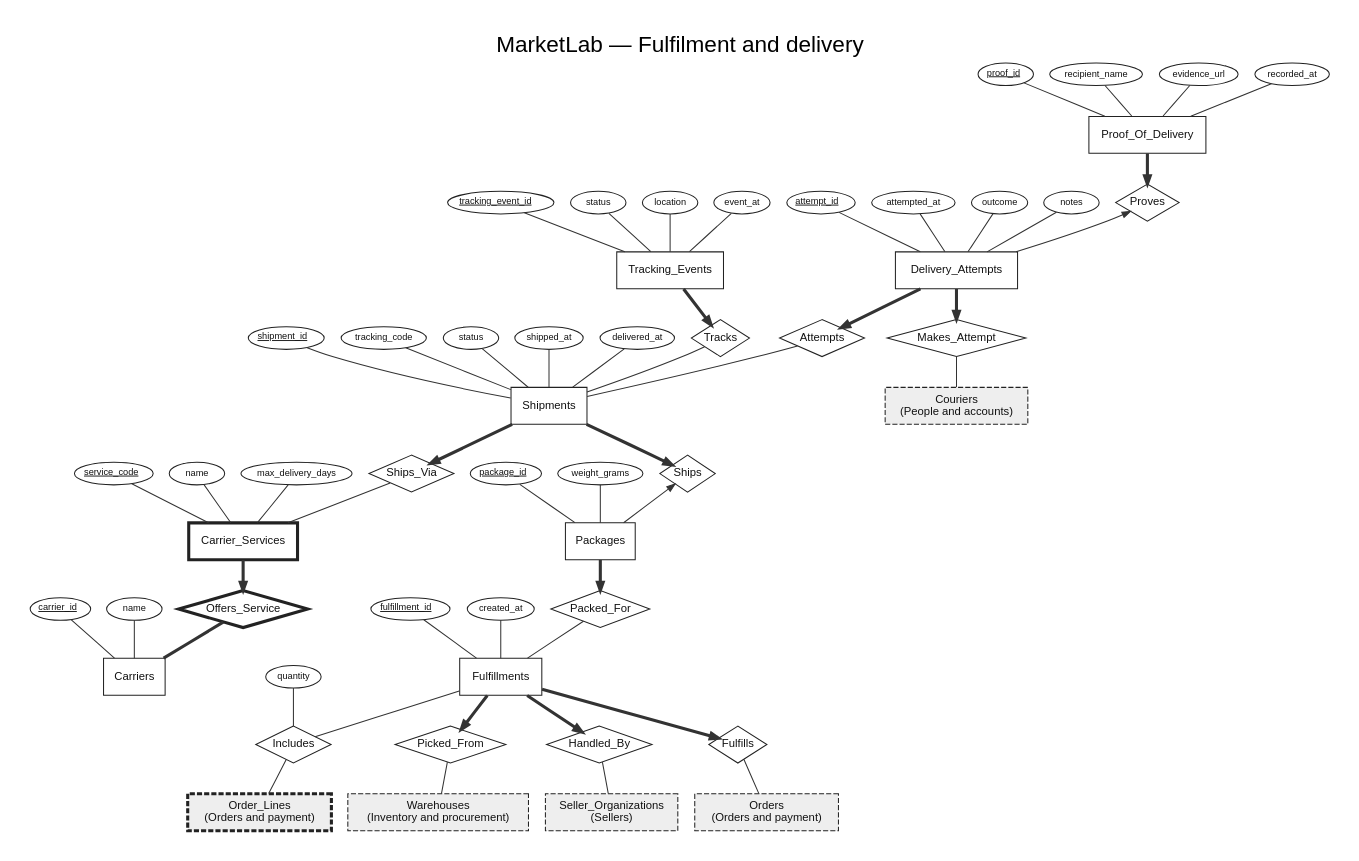
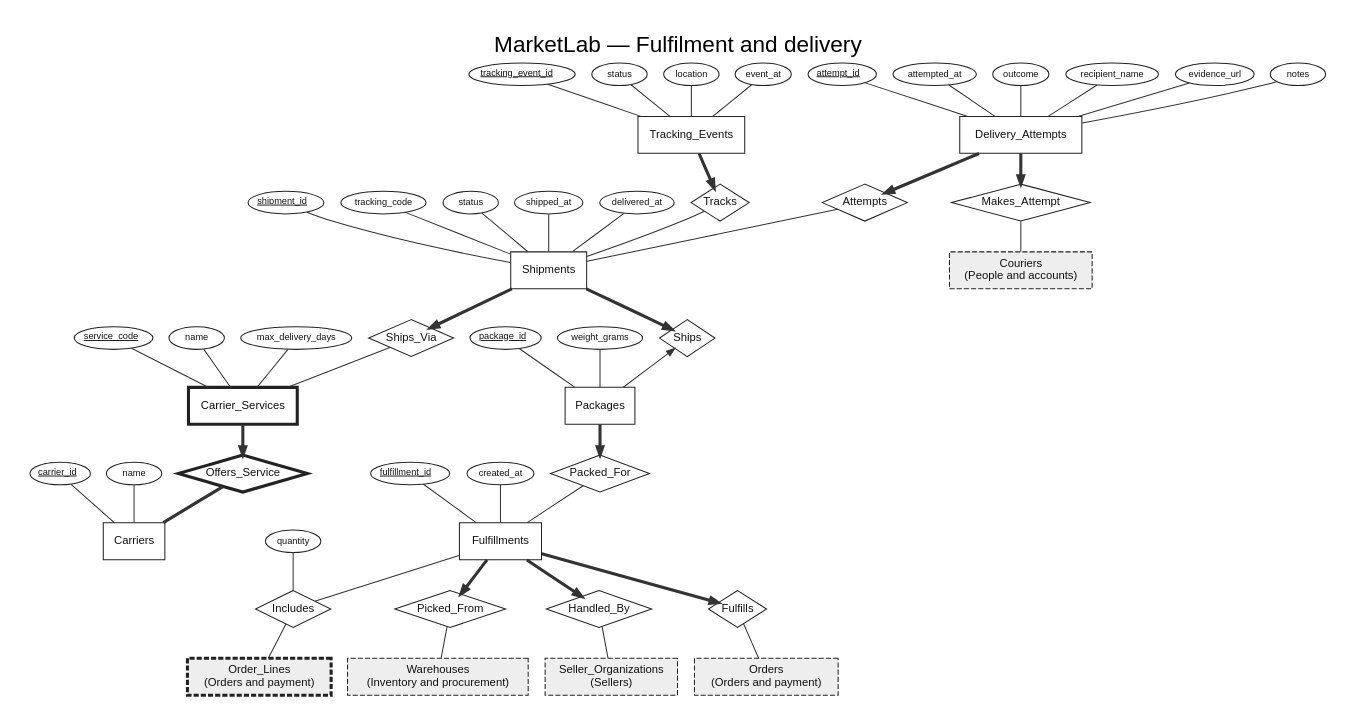
The diagram in docs/er/area-delivery.dot (Barlassen/CS_202_Project), drawn with Graphviz before and after one commit. The commit also changed 50 other files, not shown here.

```diff
--- a/docs/er/area-delivery.dot
+++ b/docs/er/area-delivery.dot
@@ -1,113 +1,105 @@
 digraph ER {
 graph [compound=true, rankdir=TB, newrank=true, nodesep=0.22, ranksep=0.42, fontname="Helvetica", fontsize=22, labelloc=t, label="MarketLab — Fulfilment and delivery", pad=0.3];
 node [fontname="Helvetica", fontsize=11, color="#222222", fontcolor="#111111"];
 edge [color="#333333", arrowsize=0.8, fontname="Helvetica", fontsize=9];
 E_carrier_services [shape=box, penwidth=3, label="Carrier_Services"];
 P__carrier_services__service_code [shape=ellipse, fontsize=9, margin="0.04,0.02", height=0.3, label=<<U>service_code</U>>];
 P__carrier_services__service_code -> E_carrier_services [dir=none];
 A__carrier_services__name [shape=ellipse, fontsize=9, margin="0.04,0.02", height=0.3, label="name"];
 A__carrier_services__name -> E_carrier_services [dir=none];
 A__carrier_services__max_delivery_days [shape=ellipse, fontsize=9, margin="0.04,0.02", height=0.3, label="max_delivery_days"];
 A__carrier_services__max_delivery_days -> E_carrier_services [dir=none];
 E_carriers [shape=box, penwidth=1, label="Carriers"];
 A__carriers__carrier_id [shape=ellipse, fontsize=9, margin="0.04,0.02", height=0.3, label=<<U>carrier_id</U>>];
 A__carriers__carrier_id -> E_carriers [dir=none];
 A__carriers__name [shape=ellipse, fontsize=9, margin="0.04,0.02", height=0.3, label="name"];
 A__carriers__name -> E_carriers [dir=none];
 E_couriers [shape=box, style="filled,dashed", fillcolor="#eeeeee", penwidth=1, label="Couriers
 (People and accounts)"];
 E_delivery_attempts [shape=box, penwidth=1, label="Delivery_Attempts"];
 A__delivery_attempts__attempt_id [shape=ellipse, fontsize=9, margin="0.04,0.02", height=0.3, label=<<U>attempt_id</U>>];
 A__delivery_attempts__attempt_id -> E_delivery_attempts [dir=none];
 A__delivery_attempts__attempted_at [shape=ellipse, fontsize=9, margin="0.04,0.02", height=0.3, label="attempted_at"];
 A__delivery_attempts__attempted_at -> E_delivery_attempts [dir=none];
 A__delivery_attempts__outcome [shape=ellipse, fontsize=9, margin="0.04,0.02", height=0.3, label="outcome"];
 A__delivery_attempts__outcome -> E_delivery_attempts [dir=none];
+A__delivery_attempts__recipient_name [shape=ellipse, fontsize=9, margin="0.04,0.02", height=0.3, label="recipient_name"];
+A__delivery_attempts__recipient_name -> E_delivery_attempts [dir=none];
+A__delivery_attempts__evidence_url [shape=ellipse, fontsize=9, margin="0.04,0.02", height=0.3, label="evidence_url"];
+A__delivery_attempts__evidence_url -> E_delivery_attempts [dir=none];
 A__delivery_attempts__notes [shape=ellipse, fontsize=9, margin="0.04,0.02", height=0.3, label="notes"];
 A__delivery_attempts__notes -> E_delivery_attempts [dir=none];
 E_fulfillments [shape=box, penwidth=1, label="Fulfillments"];
 A__fulfillments__fulfillment_id [shape=ellipse, fontsize=9, margin="0.04,0.02", height=0.3, label=<<U>fulfillment_id</U>>];
 A__fulfillments__fulfillment_id -> E_fulfillments [dir=none];
 A__fulfillments__created_at [shape=ellipse, fontsize=9, margin="0.04,0.02", height=0.3, label="created_at"];
 A__fulfillments__created_at -> E_fulfillments [dir=none];
 E_order_lines [shape=box, style="filled,dashed", fillcolor="#eeeeee", penwidth=3, label="Order_Lines
 (Orders and payment)"];
 E_orders [shape=box, style="filled,dashed", fillcolor="#eeeeee", penwidth=1, label="Orders
 (Orders and payment)"];
 E_packages [shape=box, penwidth=1, label="Packages"];
 A__packages__package_id [shape=ellipse, fontsize=9, margin="0.04,0.02", height=0.3, label=<<U>package_id</U>>];
 A__packages__package_id -> E_packages [dir=none];
 A__packages__weight_grams [shape=ellipse, fontsize=9, margin="0.04,0.02", height=0.3, label="weight_grams"];
 A__packages__weight_grams -> E_packages [dir=none];
-E_proof_of_delivery [shape=box, penwidth=1, label="Proof_Of_Delivery"];
-A__proof_of_delivery__proof_id [shape=ellipse, fontsize=9, margin="0.04,0.02", height=0.3, label=<<U>proof_id</U>>];
-A__proof_of_delivery__proof_id -> E_proof_of_delivery [dir=none];
-A__proof_of_delivery__recipient_name [shape=ellipse, fontsize=9, margin="0.04,0.02", height=0.3, label="recipient_name"];
-A__proof_of_delivery__recipient_name -> E_proof_of_delivery [dir=none];
-A__proof_of_delivery__evidence_url [shape=ellipse, fontsize=9, margin="0.04,0.02", height=0.3, label="evidence_url"];
-A__proof_of_delivery__evidence_url -> E_proof_of_delivery [dir=none];
-A__proof_of_delivery__recorded_at [shape=ellipse, fontsize=9, margin="0.04,0.02", height=0.3, label="recorded_at"];
-A__proof_of_delivery__recorded_at -> E_proof_of_delivery [dir=none];
 E_seller_organizations [shape=box, style="filled,dashed", fillcolor="#eeeeee", penwidth=1, label="Seller_Organizations
 (Sellers)"];
 E_shipments [shape=box, penwidth=1, label="Shipments"];
 A__shipments__shipment_id [shape=ellipse, fontsize=9, margin="0.04,0.02", height=0.3, label=<<U>shipment_id</U>>];
 A__shipments__shipment_id -> E_shipments [dir=none];
 A__shipments__tracking_code [shape=ellipse, fontsize=9, margin="0.04,0.02", height=0.3, label="tracking_code"];
 A__shipments__tracking_code -> E_shipments [dir=none];
 A__shipments__status [shape=ellipse, fontsize=9, margin="0.04,0.02", height=0.3, label="status"];
 A__shipments__status -> E_shipments [dir=none];
 A__shipments__shipped_at [shape=ellipse, fontsize=9, margin="0.04,0.02", height=0.3, label="shipped_at"];
 A__shipments__shipped_at -> E_shipments [dir=none];
 A__shipments__delivered_at [shape=ellipse, fontsize=9, margin="0.04,0.02", height=0.3, label="delivered_at"];
 A__shipments__delivered_at -> E_shipments [dir=none];
 E_tracking_events [shape=box, penwidth=1, label="Tracking_Events"];
 A__tracking_events__tracking_event_id [shape=ellipse, fontsize=9, margin="0.04,0.02", height=0.3, label=<<U>tracking_event_id</U>>];
 A__tracking_events__tracking_event_id -> E_tracking_events [dir=none];
 A__tracking_events__status [shape=ellipse, fontsize=9, margin="0.04,0.02", height=0.3, label="status"];
 A__tracking_events__status -> E_tracking_events [dir=none];
 A__tracking_events__location [shape=ellipse, fontsize=9, margin="0.04,0.02", height=0.3, label="location"];
 A__tracking_events__location -> E_tracking_events [dir=none];
 A__tracking_events__event_at [shape=ellipse, fontsize=9, margin="0.04,0.02", height=0.3, label="event_at"];
 A__tracking_events__event_at -> E_tracking_events [dir=none];
 E_warehouses [shape=box, style="filled,dashed", fillcolor="#eeeeee", penwidth=1, label="Warehouses
 (Inventory and procurement)"];
-R71 [shape=diamond, penwidth=1, margin="0.02,0.02", label="Picked_From"];
+R70 [shape=diamond, penwidth=1, margin="0.02,0.02", label="Picked_From"];
+E_fulfillments -> R70 [dir=forward, arrowhead=normal, penwidth=3];
+R70 -> E_warehouses [dir=none];
+R71 [shape=diamond, penwidth=1, margin="0.02,0.02", label="Handled_By"];
 E_fulfillments -> R71 [dir=forward, arrowhead=normal, penwidth=3];
-R71 -> E_warehouses [dir=none];
-R72 [shape=diamond, penwidth=1, margin="0.02,0.02", label="Handled_By"];
+R71 -> E_seller_organizations [dir=none];
+R72 [shape=diamond, penwidth=1, margin="0.02,0.02", label="Fulfills"];
 E_fulfillments -> R72 [dir=forward, arrowhead=normal, penwidth=3];
-R72 -> E_seller_organizations [dir=none];
-R73 [shape=diamond, penwidth=1, margin="0.02,0.02", label="Fulfills"];
-E_fulfillments -> R73 [dir=forward, arrowhead=normal, penwidth=3];
-R73 -> E_orders [dir=none];
-R74 [shape=diamond, penwidth=1, margin="0.02,0.02", label="Packed_For"];
-E_packages -> R74 [dir=forward, arrowhead=normal, penwidth=3];
-R74 -> E_fulfillments [dir=none];
-R75 [shape=diamond, penwidth=3, margin="0.02,0.02", label="Offers_Service"];
-E_carrier_services -> R75 [dir=forward, arrowhead=normal, penwidth=3];
-R75 -> E_carriers [dir=none, penwidth=3];
-R76 [shape=diamond, penwidth=1, margin="0.02,0.02", label="Ships_Via"];
+R72 -> E_orders [dir=none];
+R73 [shape=diamond, penwidth=1, margin="0.02,0.02", label="Packed_For"];
+E_packages -> R73 [dir=forward, arrowhead=normal, penwidth=3];
+R73 -> E_fulfillments [dir=none];
+R74 [shape=diamond, penwidth=3, margin="0.02,0.02", label="Offers_Service"];
+E_carrier_services -> R74 [dir=forward, arrowhead=normal, penwidth=3];
+R74 -> E_carriers [dir=none, penwidth=3];
+R75 [shape=diamond, penwidth=1, margin="0.02,0.02", label="Ships_Via"];
+E_shipments -> R75 [dir=forward, arrowhead=normal, penwidth=3];
+R75 -> E_carrier_services [dir=none];
+R76 [shape=diamond, penwidth=1, margin="0.02,0.02", label="Ships"];
 E_shipments -> R76 [dir=forward, arrowhead=normal, penwidth=3];
-R76 -> E_carrier_services [dir=none];
-R77 [shape=diamond, penwidth=1, margin="0.02,0.02", label="Ships"];
-E_shipments -> R77 [dir=forward, arrowhead=normal, penwidth=3];
-R77 -> E_packages [dir=back, arrowtail=normal];
-R78 [shape=diamond, penwidth=1, margin="0.02,0.02", label="Tracks"];
-E_tracking_events -> R78 [dir=forward, arrowhead=normal, penwidth=3];
-R78 -> E_shipments [dir=none];
-R79 [shape=diamond, penwidth=1, margin="0.02,0.02", label="Makes_Attempt"];
+R76 -> E_packages [dir=back, arrowtail=normal];
+R77 [shape=diamond, penwidth=1, margin="0.02,0.02", label="Tracks"];
+E_tracking_events -> R77 [dir=forward, arrowhead=normal, penwidth=3];
+R77 -> E_shipments [dir=none];
+R78 [shape=diamond, penwidth=1, margin="0.02,0.02", label="Makes_Attempt"];
+E_delivery_attempts -> R78 [dir=forward, arrowhead=normal, penwidth=3];
+R78 -> E_couriers [dir=none];
+R79 [shape=diamond, penwidth=1, margin="0.02,0.02", label="Attempts"];
 E_delivery_attempts -> R79 [dir=forward, arrowhead=normal, penwidth=3];
-R79 -> E_couriers [dir=none];
-R80 [shape=diamond, penwidth=1, margin="0.02,0.02", label="Attempts"];
-E_delivery_attempts -> R80 [dir=forward, arrowhead=normal, penwidth=3];
-R80 -> E_shipments [dir=none];
-R81 [shape=diamond, penwidth=1, margin="0.02,0.02", label="Proves"];
-E_proof_of_delivery -> R81 [dir=forward, arrowhead=normal, penwidth=3];
-R81 -> E_delivery_attempts [dir=back, arrowtail=normal];
-R101 [shape=diamond, penwidth=1, margin="0.02,0.02", label="Includes"];
-RA101__quantity [shape=ellipse, fontsize=9, margin="0.04,0.02", height=0.3, label="quantity"];
-RA101__quantity -> R101 [dir=none];
-E_fulfillments -> R101 [dir=none];
-R101 -> E_order_lines [dir=none];
+R79 -> E_shipments [dir=none];
+R97 [shape=diamond, penwidth=1, margin="0.02,0.02", label="Includes"];
+RA97__quantity [shape=ellipse, fontsize=9, margin="0.04,0.02", height=0.3, label="quantity"];
+RA97__quantity -> R97 [dir=none];
+E_fulfillments -> R97 [dir=none];
+R97 -> E_order_lines [dir=none];
 }
```
